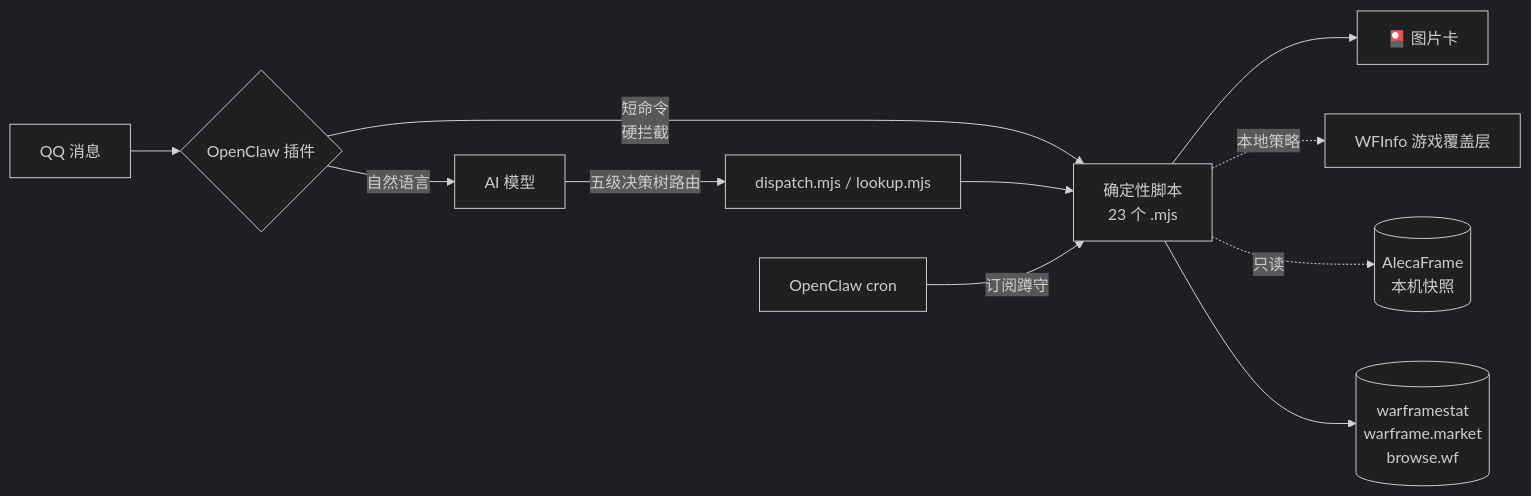
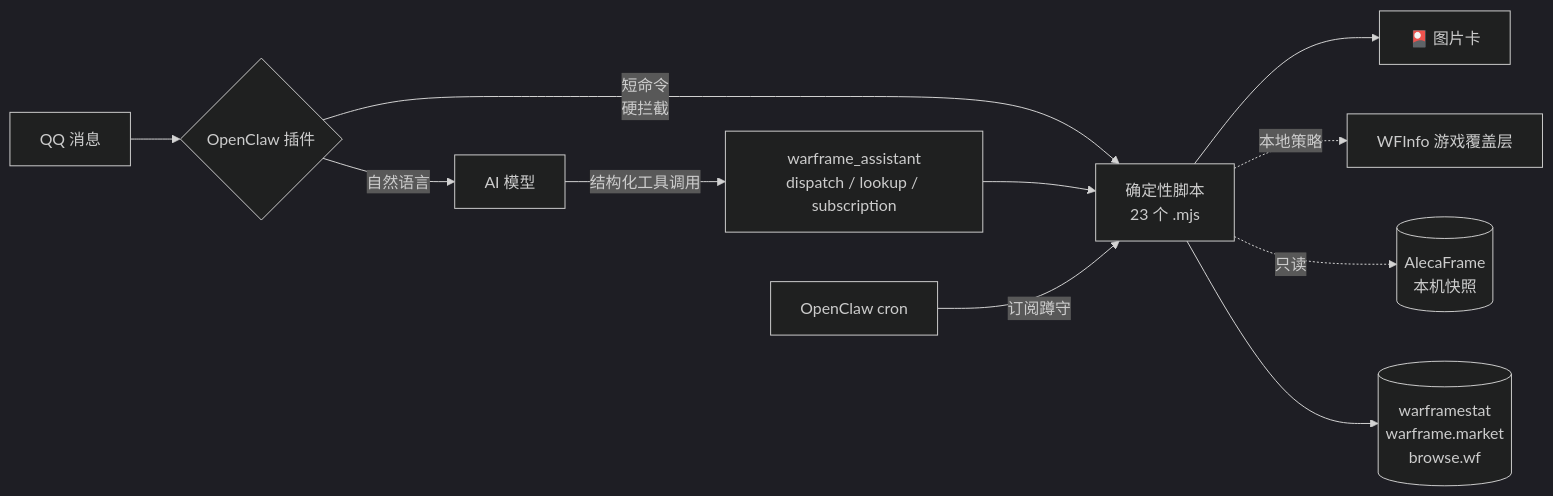
The diagram in README.md (FFangx/openclaw-warframe-assistant), drawn with Mermaid (dark theme) before and after one commit. The commit also changed other lines of this file and 6 other files, not shown here.

````diff
--- a/README.md
+++ b/README.md
@@ -63,13 +63,13 @@
 ```mermaid
 flowchart LR
     QQ[QQ 消息] --> P{OpenClaw 插件}
     P -->|短命令<br/>硬拦截| S[确定性脚本<br/>23 个 .mjs]
     P -->|自然语言| AI[AI 模型]
-    AI -->|五级决策树路由| D[dispatch.mjs / lookup.mjs]
+    AI -->|结构化工具调用| D[warframe_assistant<br/>dispatch / lookup / subscription]
     D --> S
     S --> C[🎴 图片卡]
     S -.本地策略.-> W[WFInfo 游戏覆盖层]
     S -.只读.-> A[(AlecaFrame<br/>本机快照)]
     S --> API[(warframestat<br/>warframe.market<br/>browse.wf)]
     CRON[OpenClaw cron] -->|订阅蹲守| S
 ```
````
